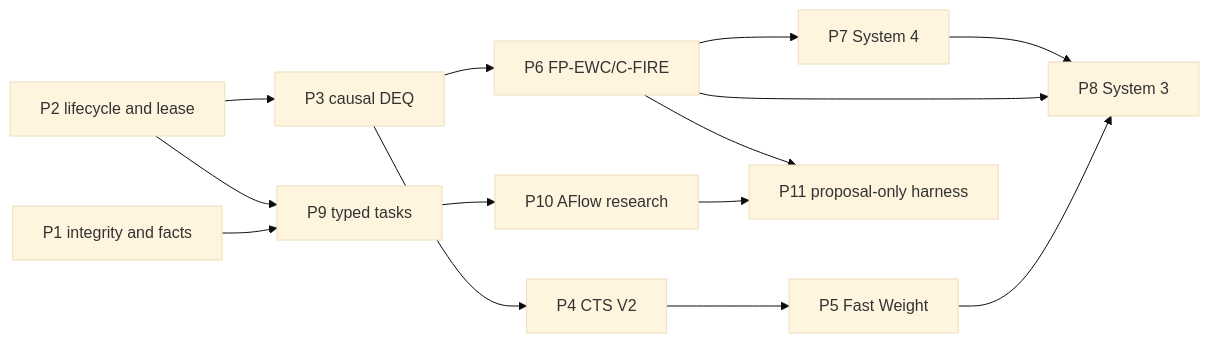
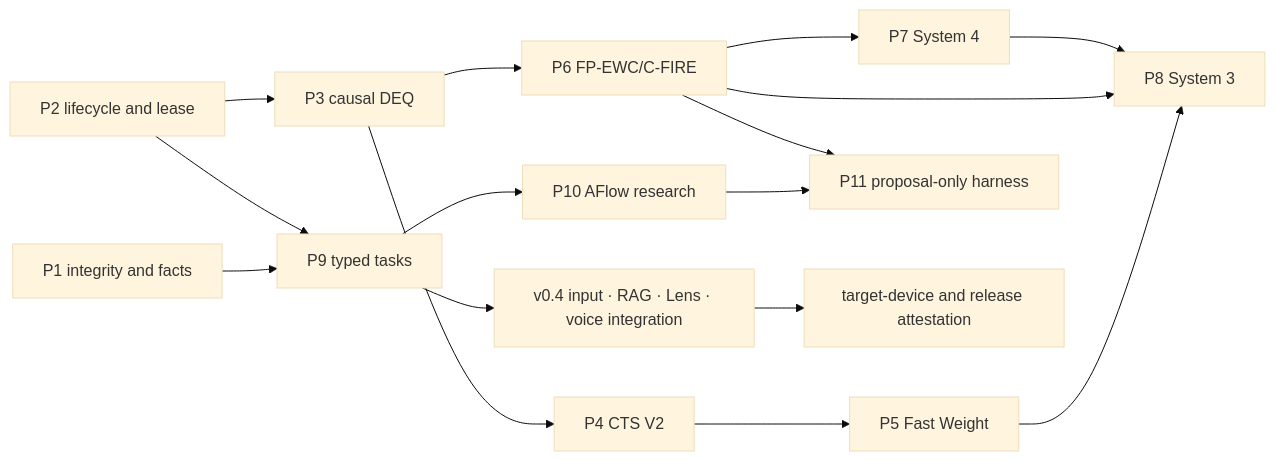
The fourth of 4 diagrams in docs/ARCHITECTURE.md (heosanghun/Cogni-OS-2.0), drawn with Mermaid (base theme) before and after one commit. The commit also changed other lines of this file and 64 other files, not shown here.

````diff
--- a/docs/ARCHITECTURE.md
+++ b/docs/ARCHITECTURE.md
@@ -179,12 +303,14 @@
 ```mermaid
 flowchart LR
     P1["P1 integrity and facts"] --> P9["P9 typed tasks"]
     P2["P2 lifecycle and lease"] --> P3["P3 causal DEQ"] --> P4["P4 CTS V2"]
     P4 --> P5["P5 Fast Weight"]
     P3 --> P6["P6 FP-EWC/C-FIRE"] --> P7["P7 System 4"]
     P5 --> P8["P8 System 3"]
     P6 --> P8
     P7 --> P8
     P2 --> P9 --> P10["P10 AFlow research"] --> P11["P11 proposal-only harness"]
     P6 --> P11
+    P9 --> P12["v0.4 input · RAG · Lens · voice integration"]
+    P12 --> P13["target-device and release attestation"]
 ```
````
